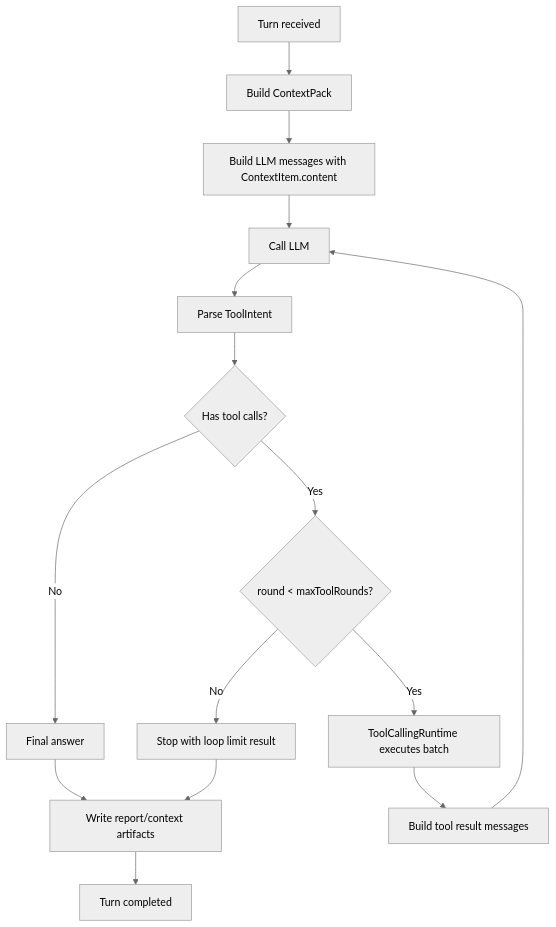
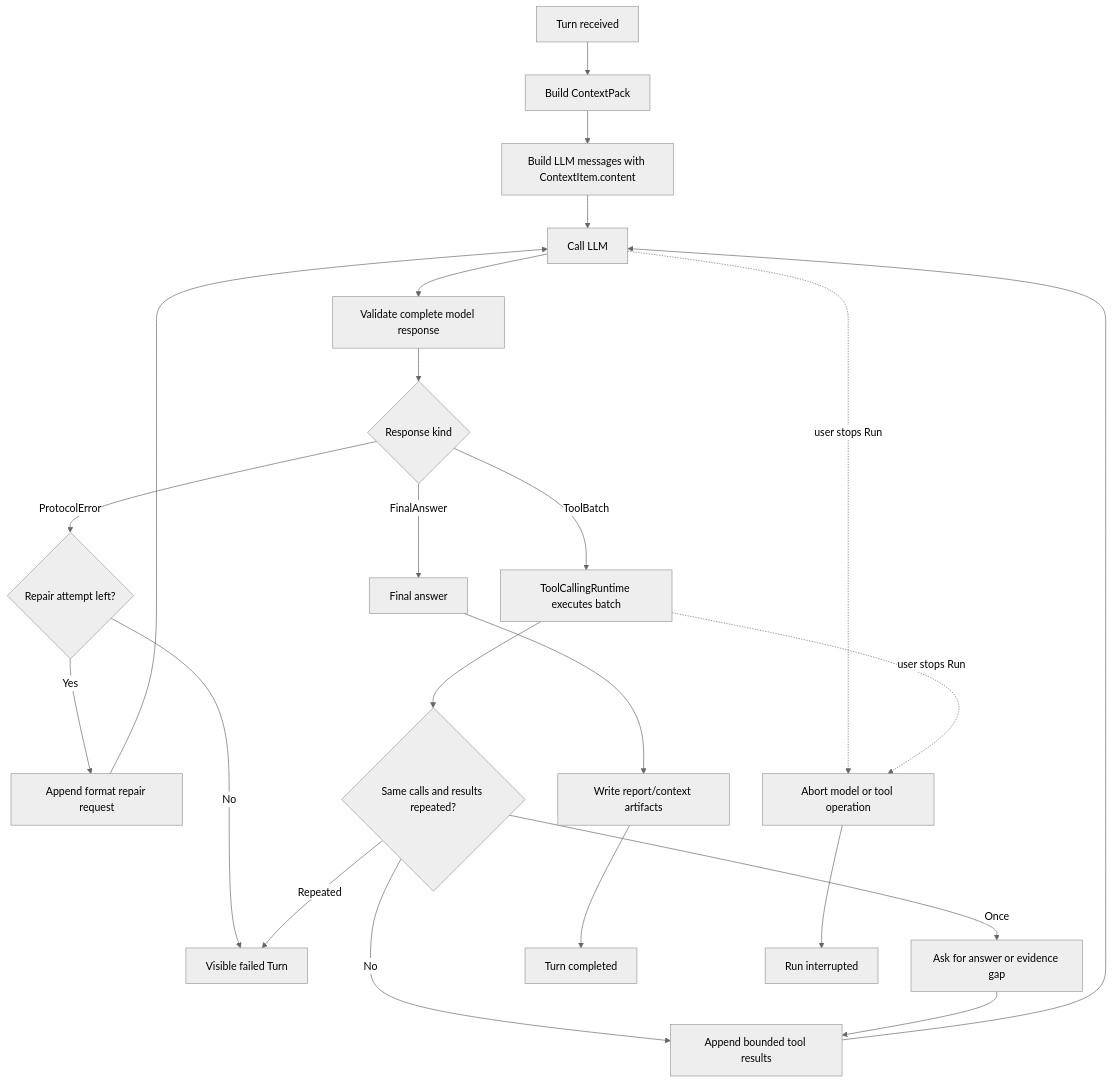
One commit to hfqf/figo-agent changed the first of 3 diagrams in docs/agent/modules/agent-loop/TOOL_CALLING_LOOP.md. Above: the diagram before and after it, drawn with Mermaid (neutral theme). The commit also changed other lines of this file and 65 other files, not shown here.

````diff
--- a/docs/agent/modules/agent-loop/TOOL_CALLING_LOOP.md
+++ b/docs/agent/modules/agent-loop/TOOL_CALLING_LOOP.md
@@ -70,17 +76,25 @@
 ```mermaid
 flowchart TD
   Start[Turn received] --> Context[Build ContextPack]
   Context --> BuildMessages[Build LLM messages with ContextItem.content]
   BuildMessages --> LLM[Call LLM]
-  LLM --> Parse[Parse ToolIntent]
-  Parse --> HasTool{Has tool calls?}
-  HasTool -->|No| Final[Final answer]
-  HasTool -->|Yes| Limit{round < maxToolRounds?}
-  Limit -->|No| RoundLimit[Stop with loop limit result]
-  Limit -->|Yes| Execute[ToolCallingRuntime executes batch]
-  Execute --> Results[Build tool result messages]
+  LLM --> Parse[Validate complete model response]
+  Parse --> Decision{Response kind}
+  Decision -->|FinalAnswer| Final[Final answer]
+  Decision -->|ProtocolError| Repair{Repair attempt left?}
+  Repair -->|Yes| RepairPrompt[Append format repair request]
+  RepairPrompt --> LLM
+  Repair -->|No| Failed[Visible failed Turn]
+  Decision -->|ToolBatch| Execute[ToolCallingRuntime executes batch]
+  Execute --> Progress{Same calls and results repeated?}
+  Progress -->|No| Results[Append bounded tool results]
+  Progress -->|Once| Guide[Ask for answer or evidence gap]
+  Progress -->|Repeated| Failed
+  Guide --> Results
   Results --> LLM
+  LLM -. user stops Run .-> Interrupted[Abort model or tool operation]
+  Execute -. user stops Run .-> Interrupted
   Final --> Report[Write report/context artifacts]
-  RoundLimit --> Report
   Report --> Complete[Turn completed]
+  Interrupted --> RunInterrupted[Run interrupted]
 ```
````
